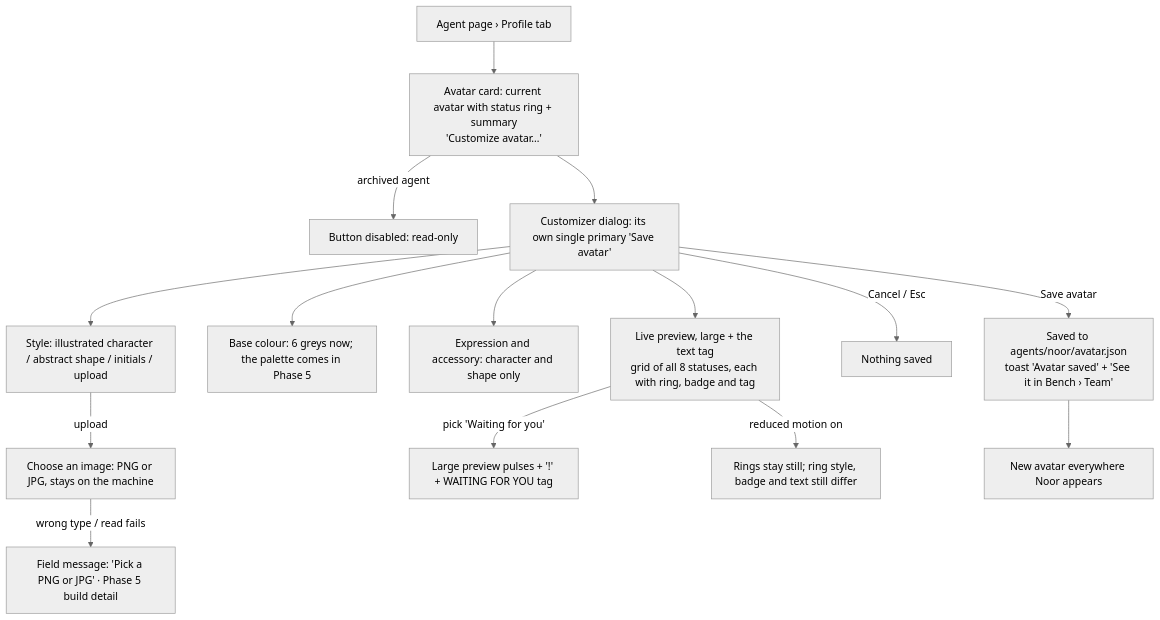
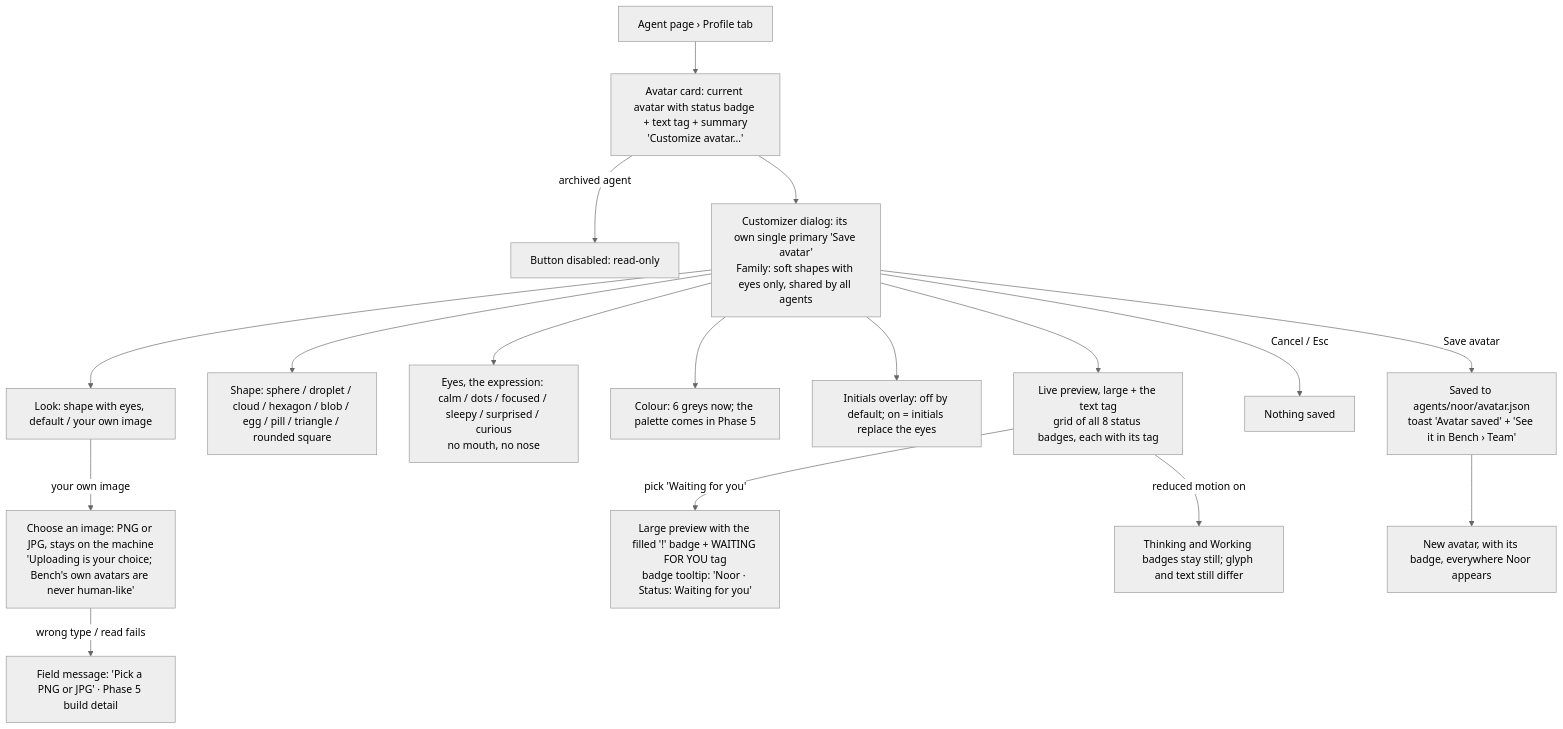
One commit to Majd-Alhakim/bench changed diagram 12 of 12 in docs/design/ux/README.md. Above: the diagram before and after it, drawn with Mermaid (neutral theme). The commit also changed other lines of this file and 4 other files, not shown here.

First line of the commit message:
docs(ux): prototype v0.4, status badges and non-human shape avatars with eyes

````diff
--- a/docs/design/ux/README.md
+++ b/docs/design/ux/README.md
@@ -423,17 +423,19 @@
 ```mermaid
 flowchart TD
-  A[Agent page › Profile tab] --> B[Avatar card: current avatar with status ring + summary<br/>'Customize avatar…']
+  A[Agent page › Profile tab] --> B[Avatar card: current avatar with status badge + text tag + summary<br/>'Customize avatar…']
   B -->|archived agent| RO[Button disabled: read-only]
-  B --> M[Customizer dialog: its own single primary 'Save avatar']
-  M --> ST[Style: illustrated character / abstract shape / initials / upload]
-  ST -->|upload| UP[Choose an image: PNG or JPG, stays on the machine]
+  B --> M[Customizer dialog: its own single primary 'Save avatar'<br/>Family: soft shapes with eyes only, shared by all agents]
+  M --> LK[Look: shape with eyes, default / your own image]
+  LK -->|your own image| UP[Choose an image: PNG or JPG, stays on the machine<br/>'Uploading is your choice; Bench's own avatars are never human-like']
   UP -->|wrong type / read fails| UE[Field message: 'Pick a PNG or JPG' · Phase 5 build detail]
-  M --> CO[Base colour: 6 greys now; the palette comes in Phase 5]
-  M --> FE[Expression and accessory: character and shape only]
-  M --> PV[Live preview, large + the text tag<br/>grid of all 8 statuses, each with ring, badge and tag]
-  PV -->|pick 'Waiting for you'| PW[Large preview pulses + '!' + WAITING FOR YOU tag]
-  PV -->|reduced motion on| RM[Rings stay still; ring style, badge and text still differ]
+  M --> SH[Shape: sphere / droplet / cloud / hexagon / blob / egg / pill / triangle / rounded square]
+  M --> EY[Eyes, the expression: calm / dots / focused / sleepy / surprised / curious<br/>no mouth, no nose]
+  M --> CO[Colour: 6 greys now; the palette comes in Phase 5]
+  M --> IN[Initials overlay: off by default; on = initials replace the eyes]
+  M --> PV[Live preview, large + the text tag<br/>grid of all 8 status badges, each with its tag]
+  PV -->|pick 'Waiting for you'| PW[Large preview with the filled '!' badge + WAITING FOR YOU tag<br/>badge tooltip: 'Noor · Status: Waiting for you']
+  PV -->|reduced motion on| RM[Thinking and Working badges stay still; glyph and text still differ]
   M -->|Cancel / Esc| X[Nothing saved]
   M -->|Save avatar| SA[Saved to agents/noor/avatar.json<br/>toast 'Avatar saved' + 'See it in Bench › Team']
-  SA --> EV[New avatar everywhere Noor appears]
+  SA --> EV[New avatar, with its badge, everywhere Noor appears]
 ```
````
